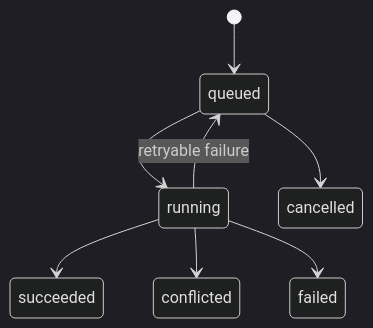
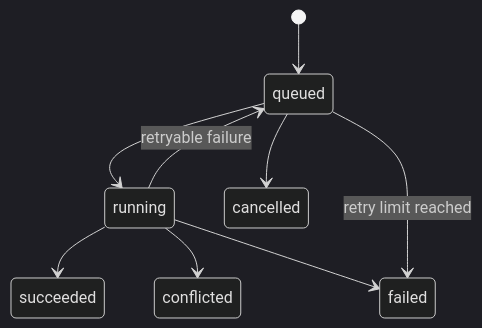
Before and after one commit to shamilaw-sci/CSC3213_20_Group_B: the diagram in docs/API_CONTRACTS.md, drawn with Mermaid (dark theme). The commit also changed other lines of this file and 9 other files, not shown here.

````diff
--- a/docs/API_CONTRACTS.md
+++ b/docs/API_CONTRACTS.md
@@ -123,10 +123,11 @@
 ```mermaid
 stateDiagram-v2
   [*] --> queued
   queued --> running
   queued --> cancelled
   running --> succeeded
   running --> conflicted
   running --> failed
   running --> queued: retryable failure
+  queued --> failed: retry limit reached
 ```
````
